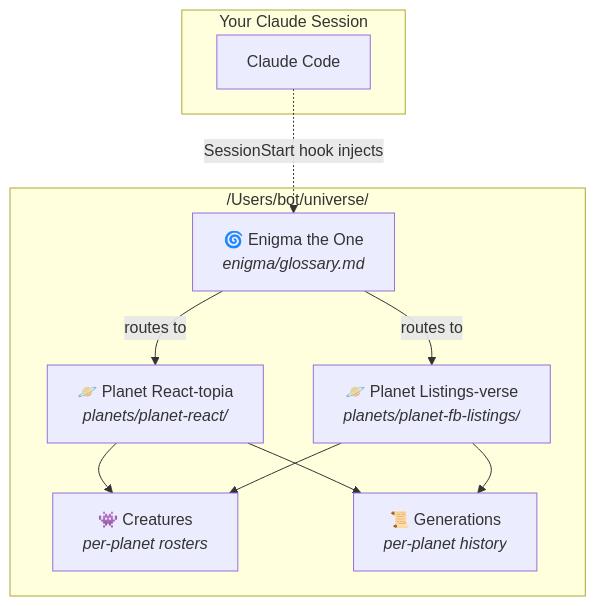
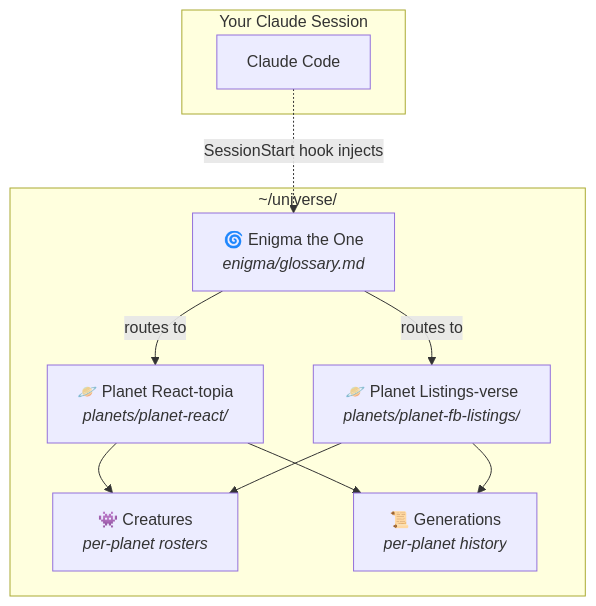
Before and after one commit to smammadov1994/cosmocache: the first of 4 diagrams in README.md, drawn with Mermaid. The commit also changed other lines of this file and 104 other files, not shown here.

````diff
--- a/README.md
+++ b/README.md
@@ -41,22 +54,22 @@
 ```mermaid
 flowchart TB
     subgraph Session["Your Claude Session"]
         Claude["Claude Code"]
     end
 
-    subgraph Universe["/Users/bot/universe/"]
+    subgraph Universe["~/universe/"]
         Enigma["🌀 Enigma the One<br/><i>enigma/glossary.md</i>"]
         Planet1["🪐 Planet React-topia<br/><i>planets/planet-react/</i>"]
         Planet2["🪐 Planet Listings-verse<br/><i>planets/planet-fb-listings/</i>"]
         Creatures["👾 Creatures<br/><i>per-planet rosters</i>"]
         Gens["📜 Generations<br/><i>per-planet history</i>"]
     end
 
     Claude -.->|SessionStart hook injects| Enigma
     Enigma -->|routes to| Planet1
     Enigma -->|routes to| Planet2
     Planet1 --> Creatures
     Planet2 --> Creatures
     Planet1 --> Gens
     Planet2 --> Gens
 ```
````
